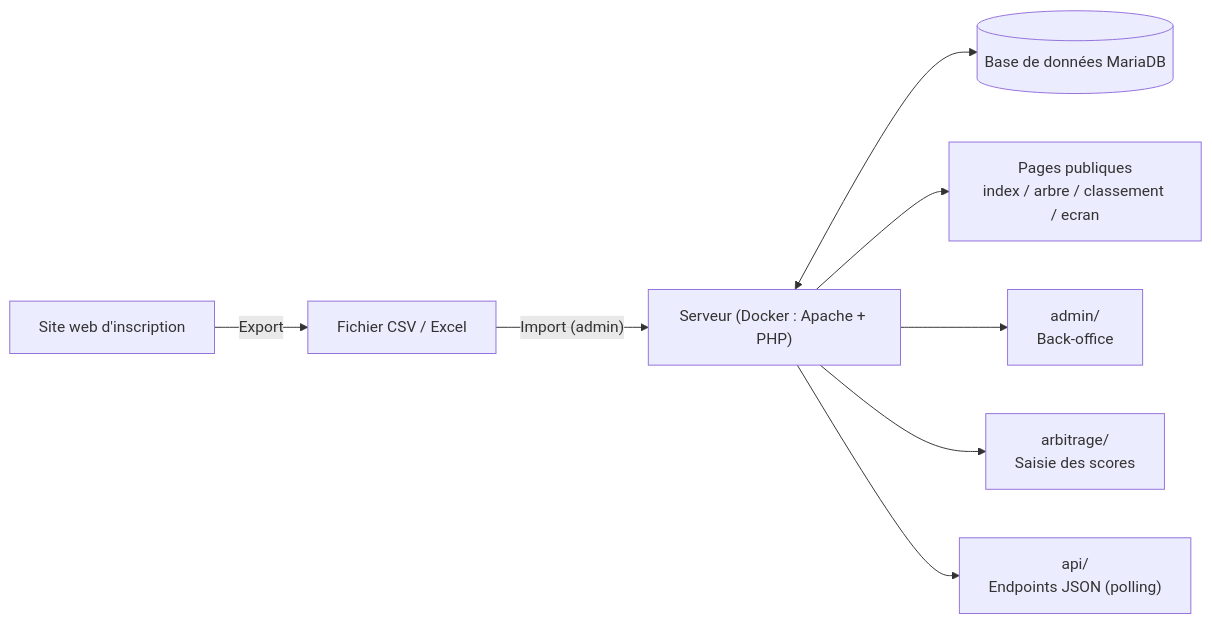
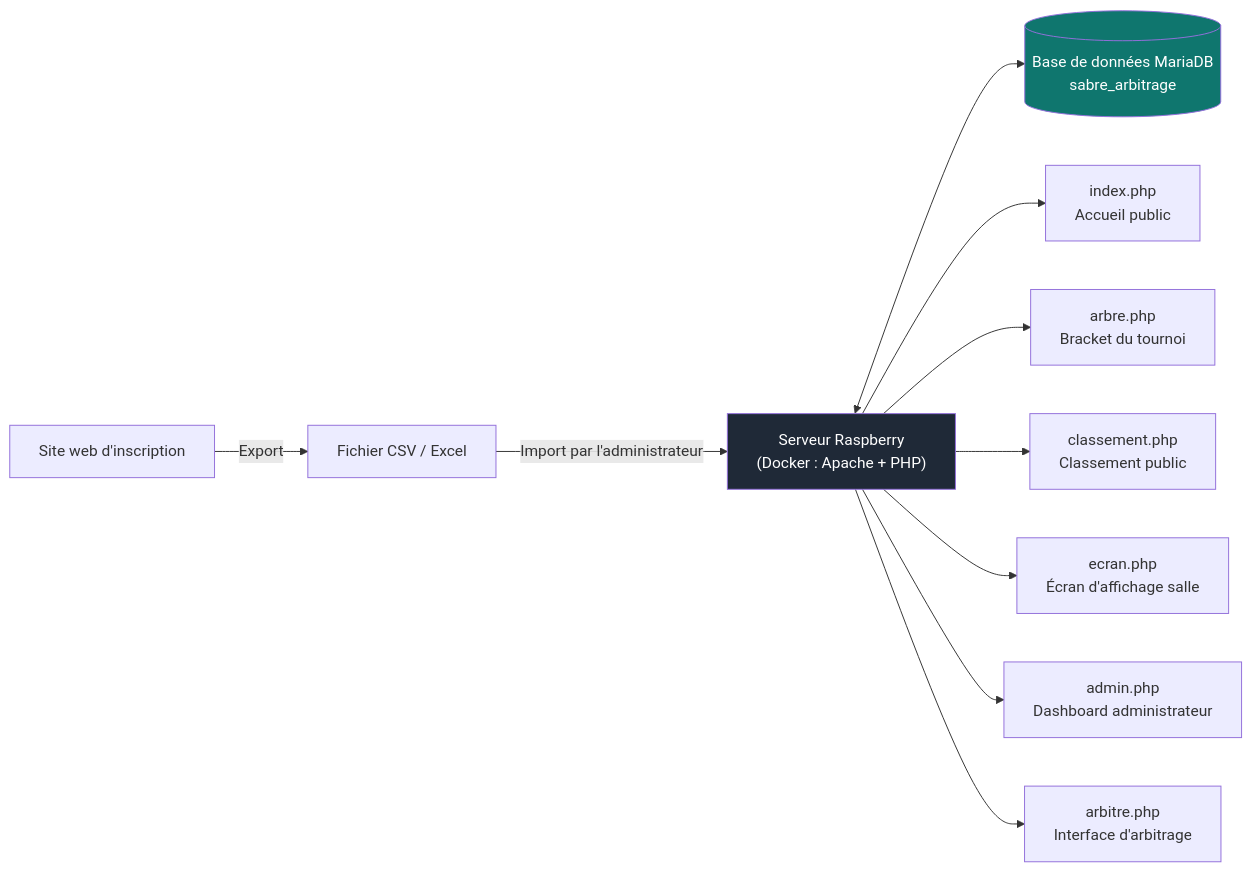
The second of 4 diagrams in README.md (CFPT-AWEB-PH/2026-27_I.DA-P3B_LuTo), drawn with Mermaid before and after one commit. The commit also changed other lines of this file, not shown here.

````diff
--- a/README.md
+++ b/README.md
@@ -55,10 +50,16 @@
 ```mermaid
 flowchart LR
     A["Site web d'inscription"] -->|Export| B["Fichier CSV / Excel"]
-    B -->|"Import (admin)"| D["Serveur (Docker : Apache + PHP)"]
-    D <--> E[("Base de données MariaDB")]
-    D --> F["Pages publiques<br/>index / arbre / classement / ecran"]
-    D --> G["admin/<br/>Back-office"]
-    D --> H["arbitrage/<br/>Saisie des scores"]
-    D --> I["api/<br/>Endpoints JSON (polling)"]
+    B -->|"Import par l'administrateur"| D["Serveur Raspberry<br/>(Docker : Apache + PHP)"]
+    D <--> E[("Base de données MariaDB<br/>sabre_arbitrage")]
+
+    D --> F["index.php<br/>Accueil public"]
+    D --> G["arbre.php<br/>Bracket du tournoi"]
+    D --> H["classement.php<br/>Classement public"]
+    D --> I["ecran.php<br/>Écran d'affichage salle"]
+    D --> J["admin.php<br/>Dashboard administrateur"]
+    D --> K["arbitre.php<br/>Interface d'arbitrage"]
+
+    style D fill:#1f2937,color:#fff
+    style E fill:#0f766e,color:#fff
 ```
````
